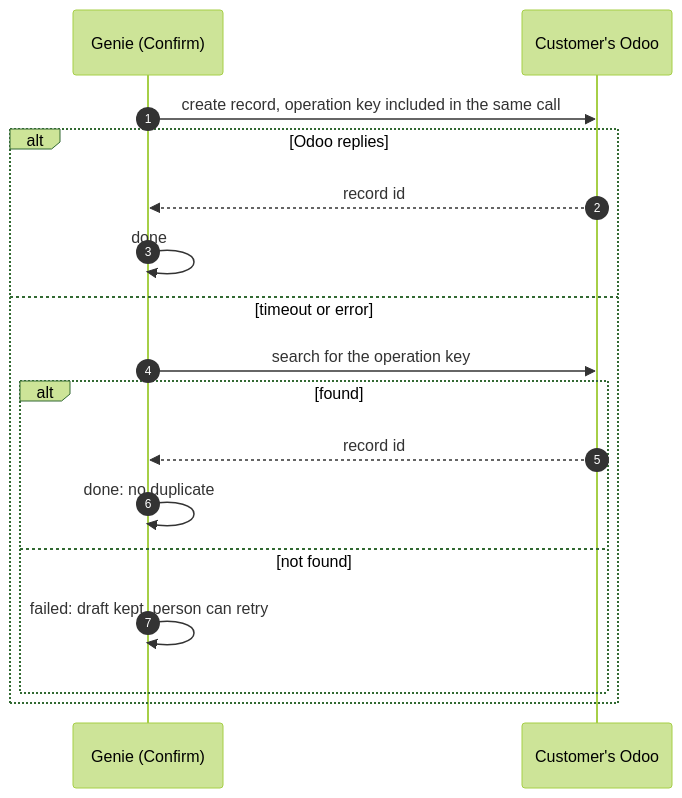
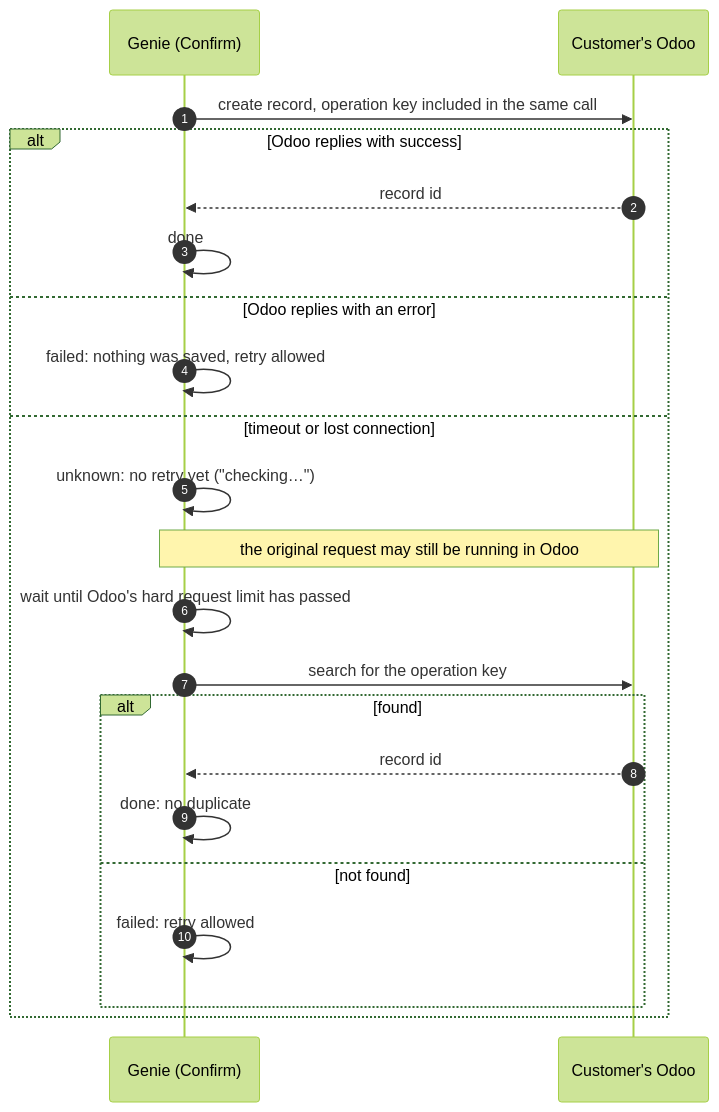
Before and after one commit to lojul/bas2: the first of 2 diagrams in docs/genie/5-roadmap.md, drawn with Mermaid (forest theme). The commit also changed other lines of this file and 3 other files, not shown here.

First line of the commit message:
Docs: timeout means unknown outcome until Odoo's time limit; service-role path bypasses RLS

````diff
--- a/docs/genie/5-roadmap.md
+++ b/docs/genie/5-roadmap.md
@@ -38,20 +38,25 @@
 ```mermaid
 sequenceDiagram
     autonumber
     participant G as Genie (Confirm)
     participant OD as Customer's Odoo
 
     G->>OD: create record, operation key included in the same call
-    alt Odoo replies
+    alt Odoo replies with success
         OD-->>G: record id
         G->>G: done
-    else timeout or error
+    else Odoo replies with an error
+        G->>G: failed: nothing was saved, retry allowed
+    else timeout or lost connection
+        G->>G: unknown: no retry yet ("checking…")
+        Note over G,OD: the original request may still be running in Odoo
+        G->>G: wait until Odoo's hard request limit has passed
         G->>OD: search for the operation key
         alt found
             OD-->>G: record id
             G->>G: done: no duplicate
         else not found
-            G->>G: failed: draft kept, person can retry
+            G->>G: failed: retry allowed
         end
     end
 ```
````
